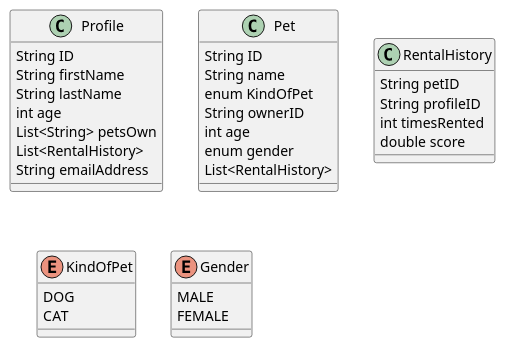
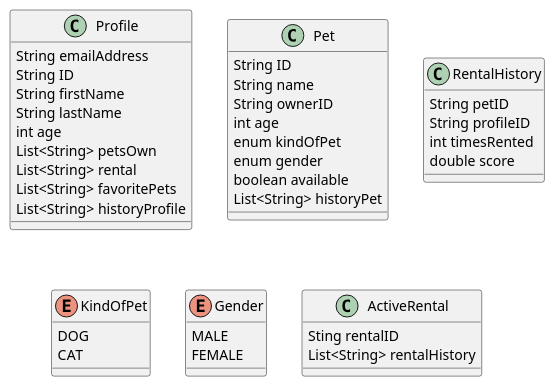
One commit to doublea42/AA-Capstone changed the diagram in Resourses/UML class diagram.puml. Above: the diagram before and after it, drawn with PlantUML. The commit also changed 20 other files, not shown here.

```diff
--- a/Resourses/UML class diagram.puml
+++ b/Resourses/UML class diagram.puml
@@ -1,43 +1,52 @@
 @startuml
 'https://plantuml.com/class-diagram
 
 
 
 class Profile {
+    String emailAddress
     String ID
     String firstName
     String lastName
     int age
     List<String> petsOwn
-    List<RentalHistory>
-    String emailAddress
+    List<String> rental
+    List<String> favoritePets
+    List<String> historyProfile
+
 }
 
 class Pet {
     String ID
     String name
-    enum KindOfPet
     String ownerID
     int age
+    enum kindOfPet
     enum gender
-    List<RentalHistory>
+    boolean available
+    List<String> historyPet
 }
 
 class RentalHistory{
     String petID
     String profileID
     int timesRented
     double score
 }
 
 enum KindOfPet {
     DOG
     CAT
 }
 
 enum Gender{
     MALE
     FEMALE
 }
 
+Class ActiveRental{
+    Sting rentalID
+    List<String> rentalHistory
+}
+
 @enduml
```
